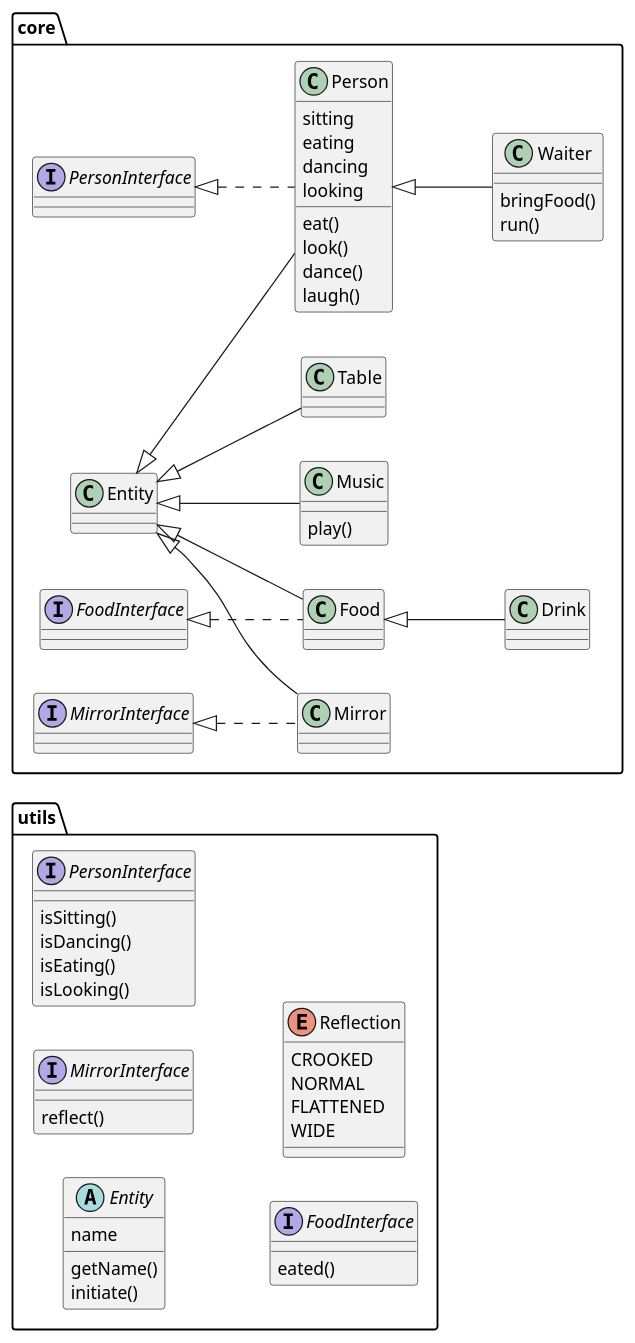
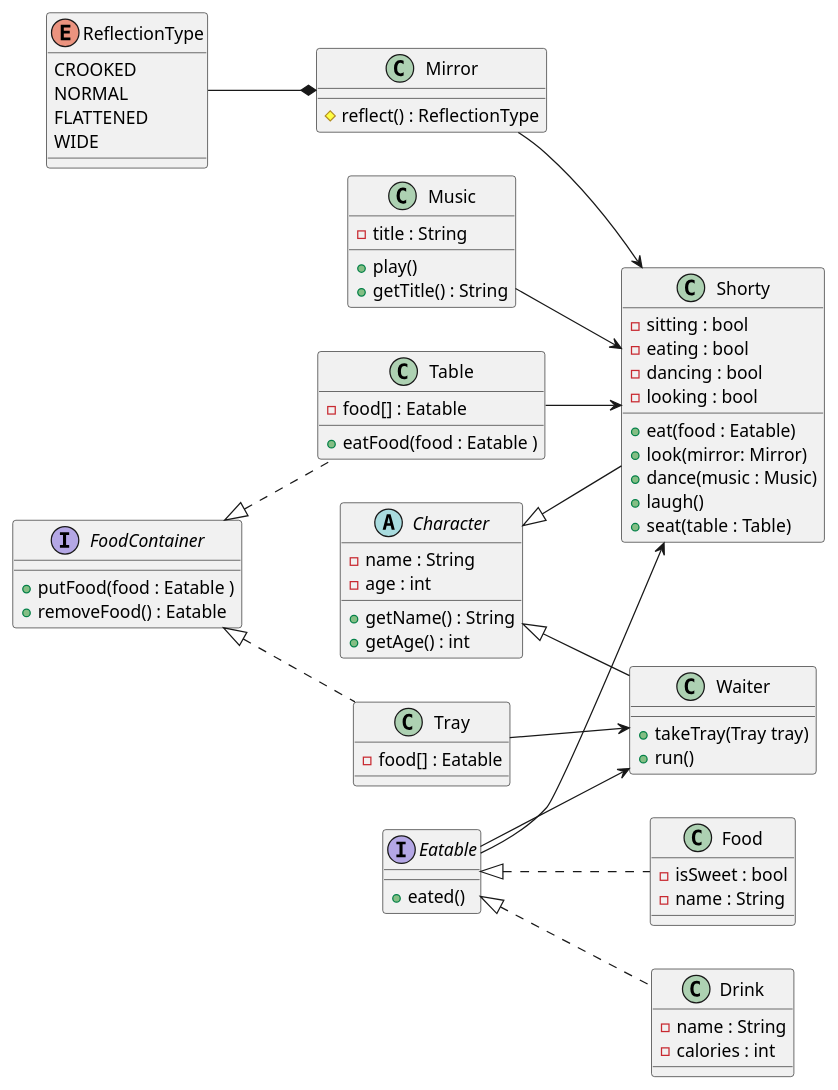
The diagram in doc/struct.puml (lolkek22854/lab2), drawn with PlantUML before and after one commit. The commit also changed 15 other files, not shown here.

```diff
--- a/doc/struct.puml
+++ b/doc/struct.puml
@@ -1,55 +1,76 @@
 @startuml
 'https://plantuml.com/sequence-diagram
 
 left to right direction
 
-package utils {
-    abstract class Entity{
-        name
-        getName()
-        initiate()
+'package utils {
+    interface FoodContainer{
+        + putFood(food : Eatable )
+        + removeFood() : Eatable
     }
-    interface MirrorInterface {
-        reflect()
+    abstract class Character {
+        - name : String
+        - age : int
+        + getName() : String
+        + getAge() : int
     }
-    interface PersonInterface {
-        isSitting()
-        isDancing()
-        isEating()
-        isLooking()
+    interface Eatable{
+        + eated()
     }
-    interface FoodInterface{
-        eated()
-    }
-    enum Reflection{
+    enum ReflectionType{
         CROOKED
         NORMAL
         FLATTENED
         WIDE
     }
-}
+'}
 
-package core{
-    class Person extends Entity implements PersonInterface{
-        sitting
-        eating
-        dancing
-        looking
-        eat()
-        look()
-        dance()
-        laugh()
+'package core{
+    class Table implements FoodContainer{
+        - food[] : Eatable
+        + eatFood(food : Eatable )
     }
-    class Table extends Entity
-    class Music extends Entity {
-     play()
+    class Tray implements FoodContainer{
+        - food[] : Eatable
     }
-    class Food extends Entity implements FoodInterface
-    class Drink extends Food
-    class Mirror extends Entity implements MirrorInterface
-    class Waiter extends Person{
-        bringFood()
-        run()
+    class Music {
+     - title : String
+     + play()
+     + getTitle() : String
     }
-}
+    class Food implements Eatable{
+        - isSweet : bool
+        - name : String
+    }
+    class Drink implements Eatable {
+        - name : String
+        - calories : int
+    }
+    class Mirror{
+    # reflect() : ReflectionType
+    }
+    class Shorty extends Character{
+            - sitting : bool
+            - eating : bool
+            - dancing : bool
+            - looking : bool
+            + eat(food : Eatable)
+            + look(mirror: Mirror)
+            + dance(music : Music)
+            + laugh()
+            + seat(table : Table)
+        }
+    class Waiter extends Character{
+        + takeTray(Tray tray)
+        + run()
+    }
+    ReflectionType --* Mirror
+    Music --> Shorty
+    Eatable --> Waiter
+    Eatable --> Shorty
+    Mirror --> Shorty
+    Table --> Shorty
+    Tray --> Waiter
+
+'}
 @enduml
```
